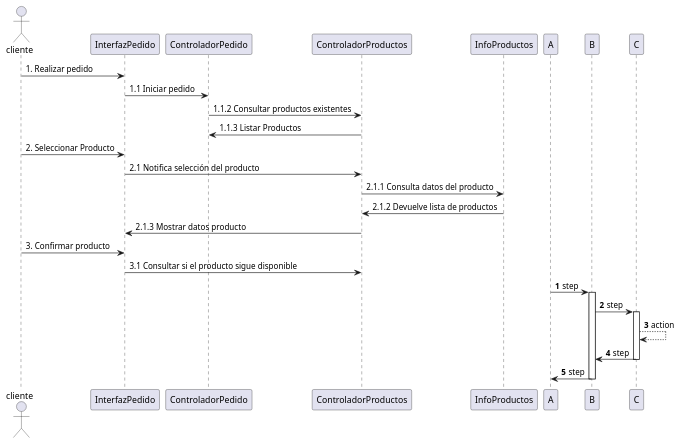
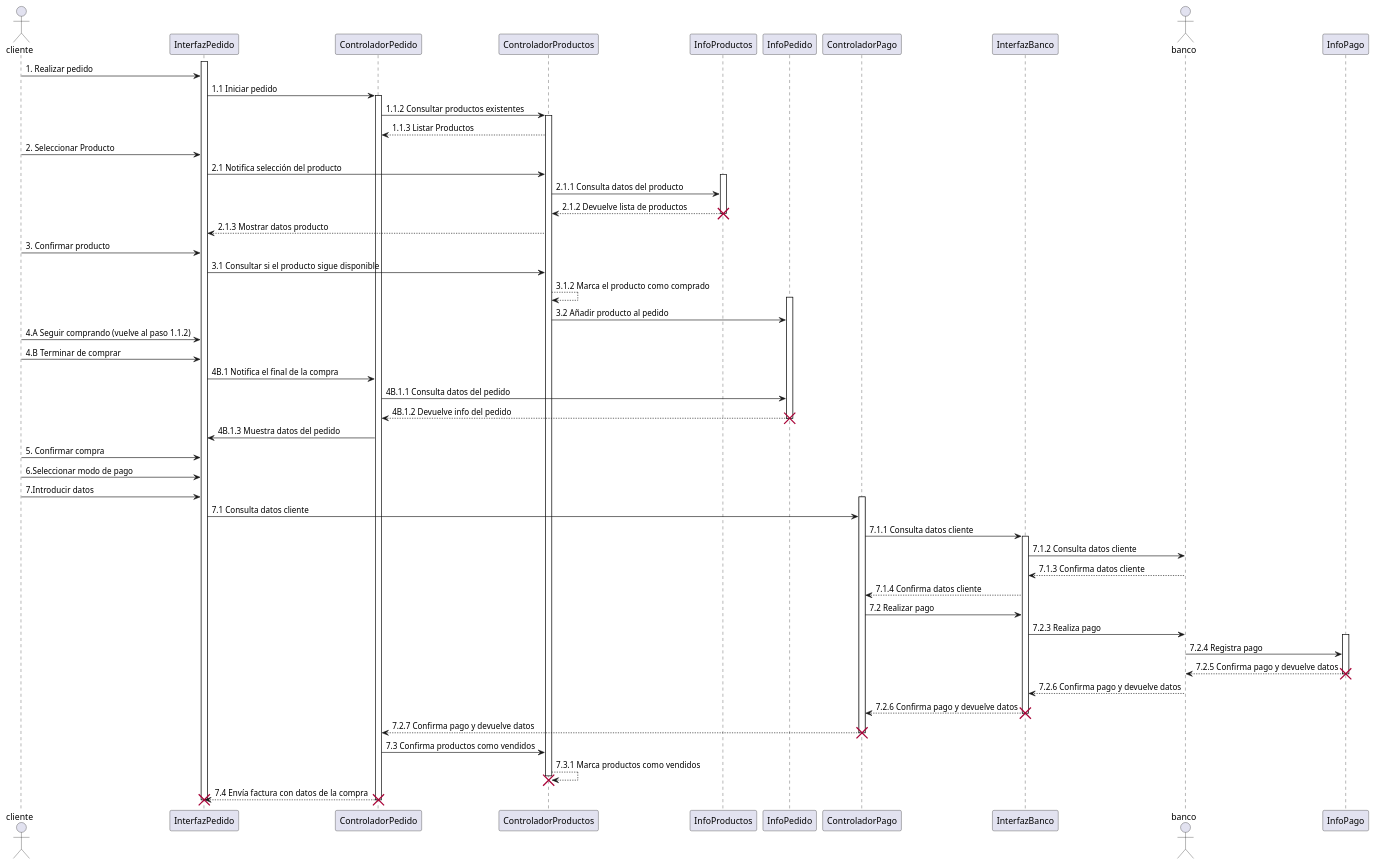
The diagram in src/GestionDePedidos.puml (mgi007/PV06-20), drawn with PlantUML before and after one commit. The commit also changed 3 other files, not shown here.

Commit message:
Modificar diagramas

```diff
--- a/src/GestionDePedidos.puml
+++ b/src/GestionDePedidos.puml
@@ -1,50 +1,113 @@
 @startuml
 
 actor cliente
 
+ACTIVATE InterfazPedido
 
 cliente -> InterfazPedido : 1. Realizar pedido
 
 InterfazPedido -> ControladorPedido: 1.1 Iniciar pedido
 
+ACTIVATE ControladorPedido
+
 ControladorPedido -> ControladorProductos : 1.1.2 Consultar productos existentes
 
-ControladorProductos -> ControladorPedido : 1.1.3 Listar Productos
+ACTIVATE ControladorProductos
+
+ControladorProductos --> ControladorPedido : 1.1.3 Listar Productos
 
 cliente -> InterfazPedido : 2. Seleccionar Producto
 
 InterfazPedido -> ControladorProductos : 2.1 Notifica selección del producto
 
+ACTIVATE InfoProductos
+
 ControladorProductos -> InfoProductos : 2.1.1 Consulta datos del producto
 
-InfoProductos ->  ControladorProductos : 2.1.2 Devuelve lista de productos
+InfoProductos -->  ControladorProductos : 2.1.2 Devuelve lista de productos
 
-ControladorProductos -> InterfazPedido : 2.1.3 Mostrar datos producto
+DESTROY InfoProductos
+
+ControladorProductos --> InterfazPedido : 2.1.3 Mostrar datos producto
 
 cliente -> InterfazPedido : 3. Confirmar producto
 
 InterfazPedido -> ControladorProductos : 3.1 Consultar si el producto sigue disponible
 
+ControladorProductos --> ControladorProductos : 3.1.2 Marca el producto como comprado
 
+ACTIVATE InfoPedido
 
+ControladorProductos -> InfoPedido :  3.2 Añadir producto al pedido
 
+cliente -> InterfazPedido : 4.A Seguir comprando (vuelve al paso 1.1.2)
 
+cliente -> InterfazPedido : 4.B Terminar de comprar
 
+InterfazPedido -> ControladorPedido : 4B.1 Notifica el final de la compra
 
+ControladorPedido -> InfoPedido : 4B.1.1 Consulta datos del pedido
 
-autonumber
+InfoPedido --> ControladorPedido : 4B.1.2 Devuelve info del pedido
 
-A -> B: step
+DESTROY InfoPedido
 
-activate B
-B -> C: step
+ControladorPedido -> InterfazPedido : 4B.1.3 Muestra datos del pedido
 
-activate C
-C --> C: action
-C -> B: step
-deactivate C
+cliente -> InterfazPedido : 5. Confirmar compra
 
-B -> A: step
-deactivate B
+cliente -> InterfazPedido : 6.Seleccionar modo de pago
+
+cliente -> InterfazPedido : 7.Introducir datos
+
+ACTIVATE ControladorPago
+
+InterfazPedido -> ControladorPago : 7.1 Consulta datos cliente
+
+ControladorPago -> InterfazBanco : 7.1.1 Consulta datos cliente
+
+actor banco
+
+ACTIVATE InterfazBanco
+
+InterfazBanco -> banco : 7.1.2 Consulta datos cliente
+
+banco --> InterfazBanco : 7.1.3 Confirma datos cliente
+
+InterfazBanco --> ControladorPago : 7.1.4 Confirma datos cliente
+
+ControladorPago -> InterfazBanco : 7.2 Realizar pago
+
+InterfazBanco -> banco : 7.2.3 Realiza pago
+
+ACTIVATE InfoPago
+
+banco -> InfoPago : 7.2.4 Registra pago
+
+InfoPago --> banco : 7.2.5 Confirma pago y devuelve datos
+
+DESTROY InfoPago
+
+banco --> InterfazBanco : 7.2.6 Confirma pago y devuelve datos
+
+InterfazBanco --> ControladorPago : 7.2.6 Confirma pago y devuelve datos
+
+DESTROY InterfazBanco
+
+ControladorPago --> ControladorPedido : 7.2.7 Confirma pago y devuelve datos
+
+DESTROY ControladorPago
+
+ControladorPedido -> ControladorProductos : 7.3 Confirma productos como vendidos
+
+ControladorProductos --> ControladorProductos : 7.3.1 Marca productos como vendidos
+
+DESTROY ControladorProductos
+
+ControladorPedido --> InterfazPedido : 7.4 Envía factura con datos de la compra
+
+DESTROY ControladorPedido
+
+DESTROY InterfazPedido
 
 @enduml
```
